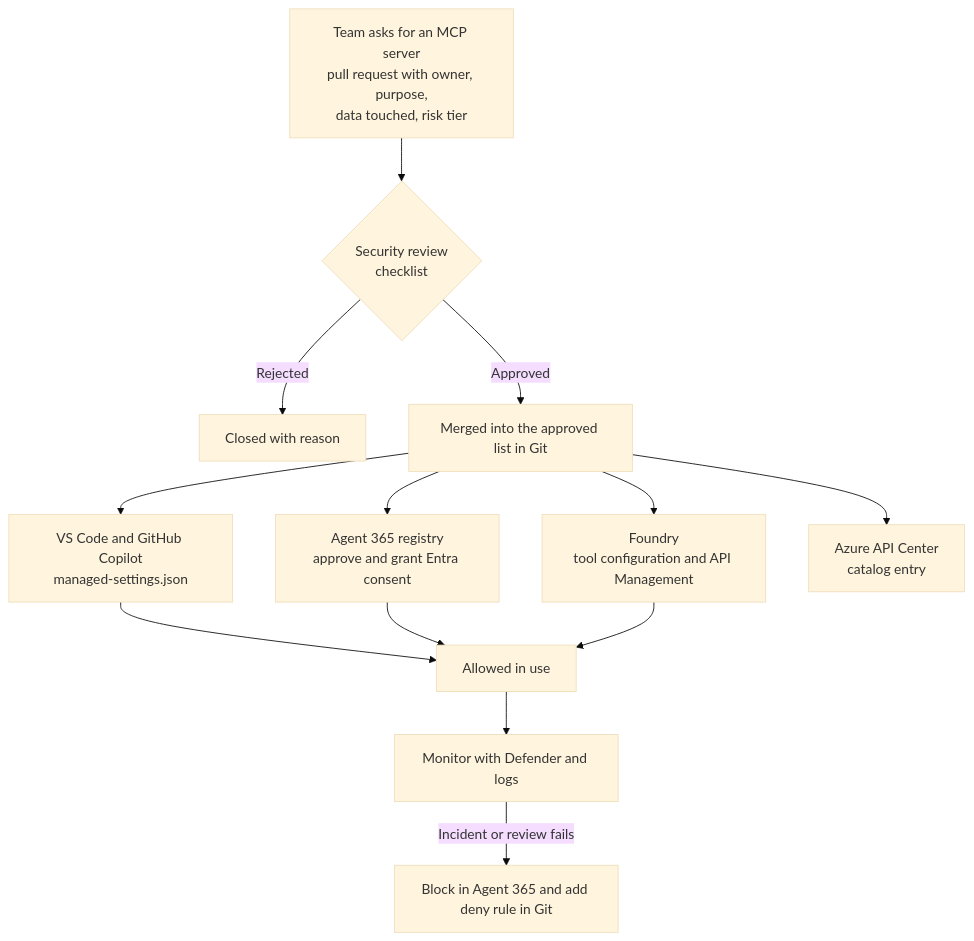
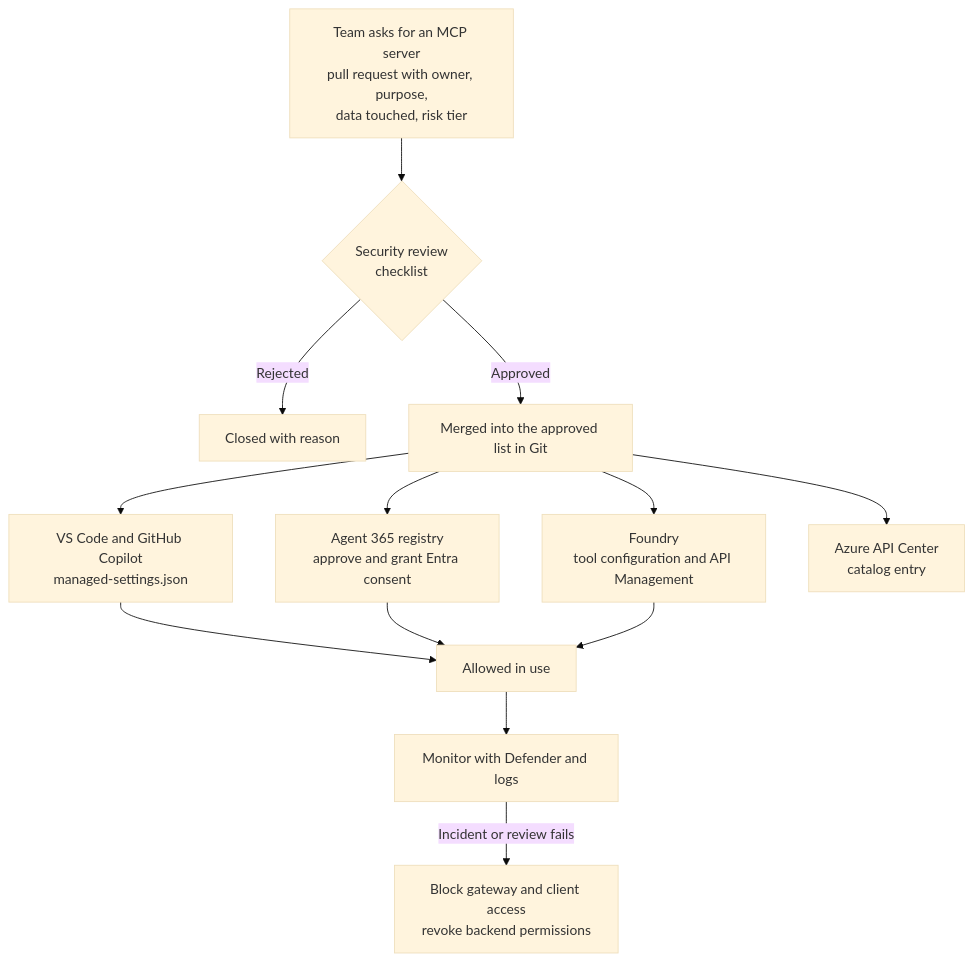
The third of 4 diagrams in enterprise-ai-agent-security-recommendation.md (kimsyversen/kimsyversen.github.io), drawn with Mermaid (base theme) before and after one commit. The commit also changed other lines of this file and 2 other files, not shown here.

Commit message:
docs: correct enterprise agent security claims and control scope

````diff
--- a/enterprise-ai-agent-security-recommendation.md
+++ b/enterprise-ai-agent-security-recommendation.md
@@ -275,15 +288,15 @@
 ```mermaid
 flowchart TD
     REQ[Team asks for an MCP server<br/>pull request with owner, purpose,<br/>data touched, risk tier] --> SEC{Security review<br/>checklist}
     SEC -->|Rejected| END1[Closed with reason]
     SEC -->|Approved| LIST[Merged into the approved list in Git]
     LIST --> A[VS Code and GitHub Copilot<br/>managed-settings.json]
     LIST --> B[Agent 365 registry<br/>approve and grant Entra consent]
     LIST --> C[Foundry<br/>tool configuration and API Management]
     LIST --> D[Azure API Center<br/>catalog entry]
     A --> USE[Allowed in use]
     B --> USE
     C --> USE
     USE --> MON[Monitor with Defender and logs]
-    MON -->|Incident or review fails| KILL[Block in Agent 365 and add deny rule in Git]
+    MON -->|Incident or review fails| KILL[Block gateway and client access<br/>revoke backend permissions]
 ```
````
